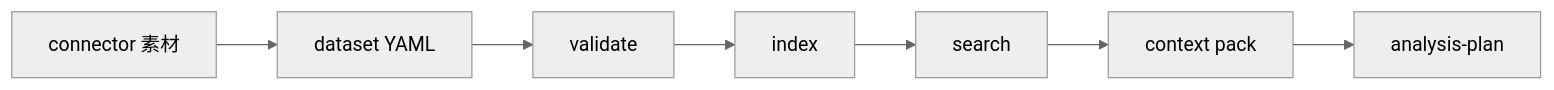
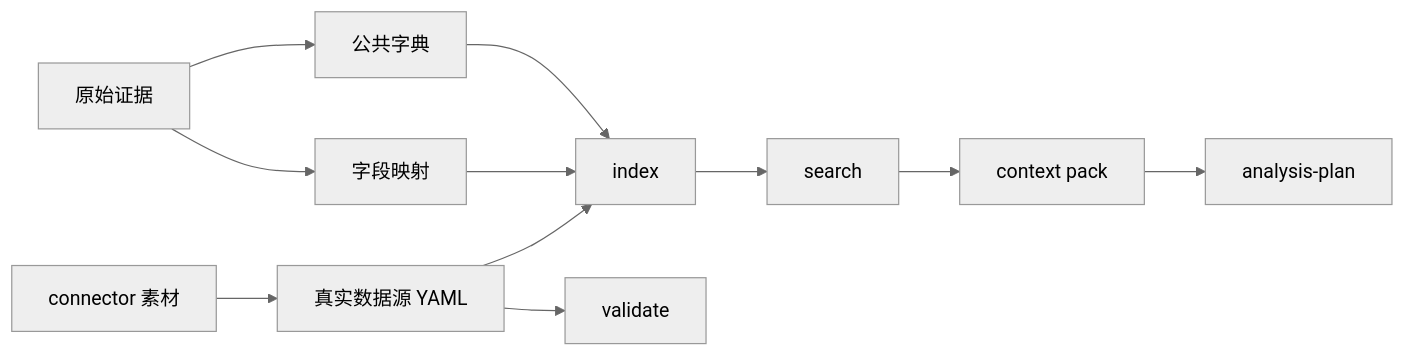
The diagram in skills/metadata/README.md (dabaige53/RealAnalyst), drawn with Mermaid (neutral theme) before and after one commit. The commit also changed other lines of this file and 27 other files, not shown here.

````diff
--- a/skills/metadata/README.md
+++ b/skills/metadata/README.md
@@ -29,4 +29,11 @@
 ```mermaid
 flowchart LR
-    Sync[connector 素材] --> YAML[dataset YAML] --> Validate[validate] --> Index[index] --> Search[search] --> Context[context pack] --> Plan[analysis-plan]
+    Sources[原始证据] --> Dictionaries[公共字典]
+    Sources --> Mappings[字段映射]
+    Sync[connector 素材] --> Datasets[真实数据源 YAML]
+    Dictionaries --> Index[index]
+    Mappings --> Index
+    Datasets --> Validate[validate]
+    Datasets --> Index
+    Index --> Search[search] --> Context[context pack] --> Plan[analysis-plan]
 ```
````
